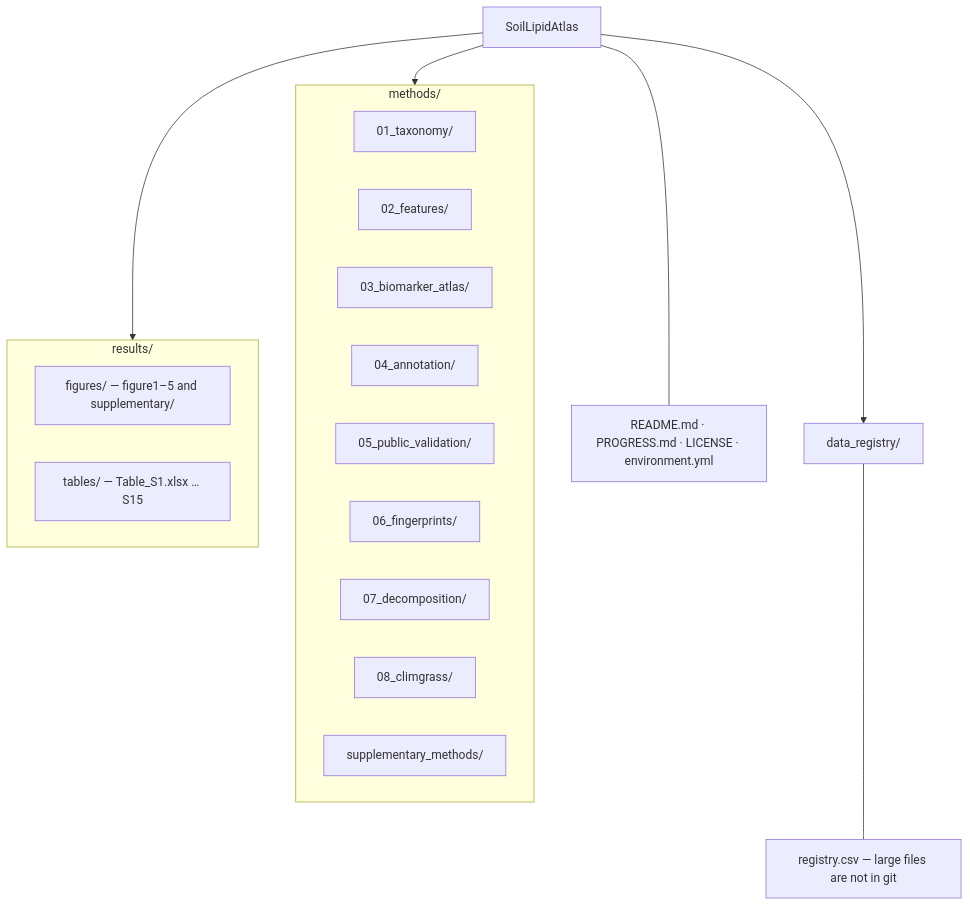
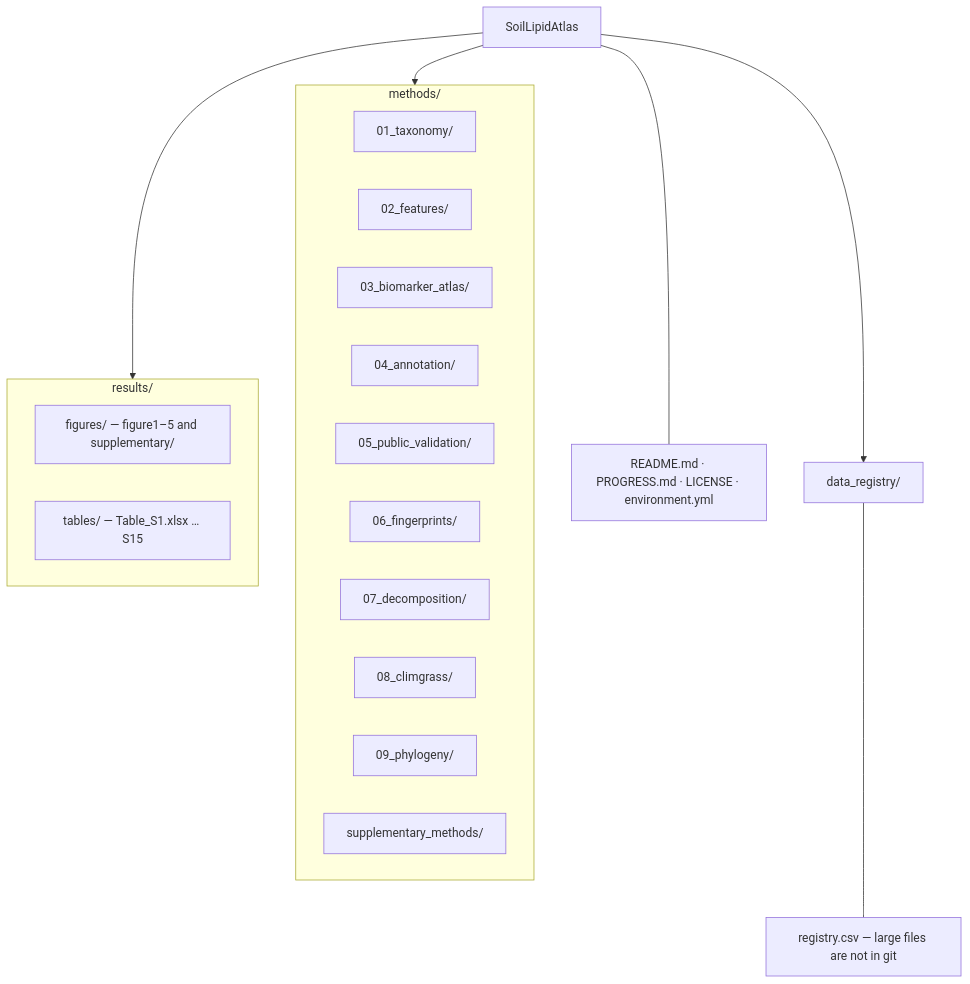
One commit to flysamc/SoilLipidAtlas changed the diagram in README.md. Above: the diagram before and after it, drawn with Mermaid. The commit also changed other lines of this file and 28 other files, not shown here.

First line of the commit message:
Add methods/09 phylogeny: SSU accessions, tree, and combined Figure 3 data.

````diff
--- a/README.md
+++ b/README.md
@@ -31,30 +31,31 @@
 ```mermaid
 flowchart TB
   ROOT["SoilLipidAtlas"]
   ROOT --- TOP["README.md · PROGRESS.md · LICENSE · environment.yml"]
 
   ROOT --> METHS
   ROOT --> RESS
   ROOT --> REG["data_registry/"]
 
   subgraph METHS["methods/"]
     direction LR
     M01["01_taxonomy/"]
     M02["02_features/"]
     M03["03_biomarker_atlas/"]
     M04["04_annotation/"]
     M05["05_public_validation/"]
     M06["06_fingerprints/"]
     M07["07_decomposition/"]
     M08["08_climgrass/"]
+    M09["09_phylogeny/"]
     MSM["supplementary_methods/"]
   end
 
   subgraph RESS["results/"]
     direction LR
     FIG["figures/ — figure1–5 and supplementary/"]
     TAB["tables/ — Table_S1.xlsx … S15"]
   end
 
   REG --- RC["registry.csv — large files are not in git"]
 ```
````
